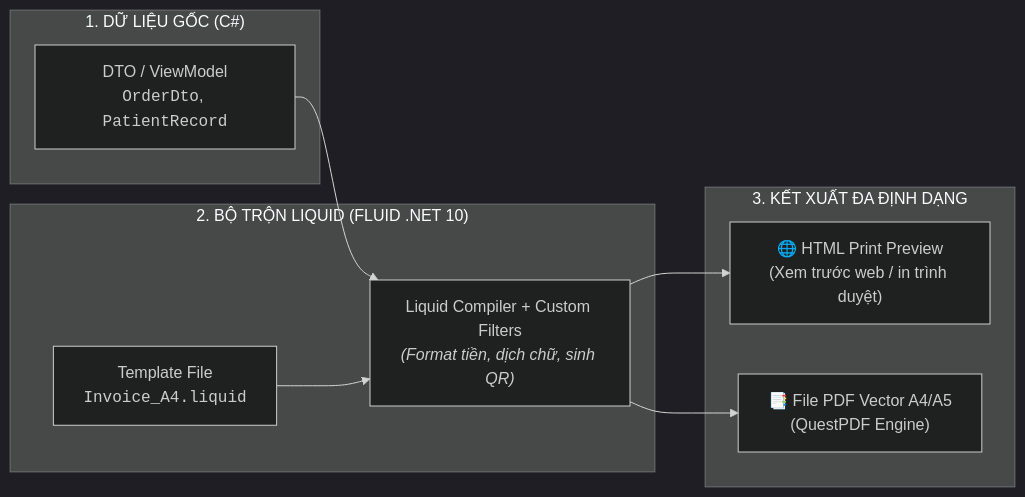
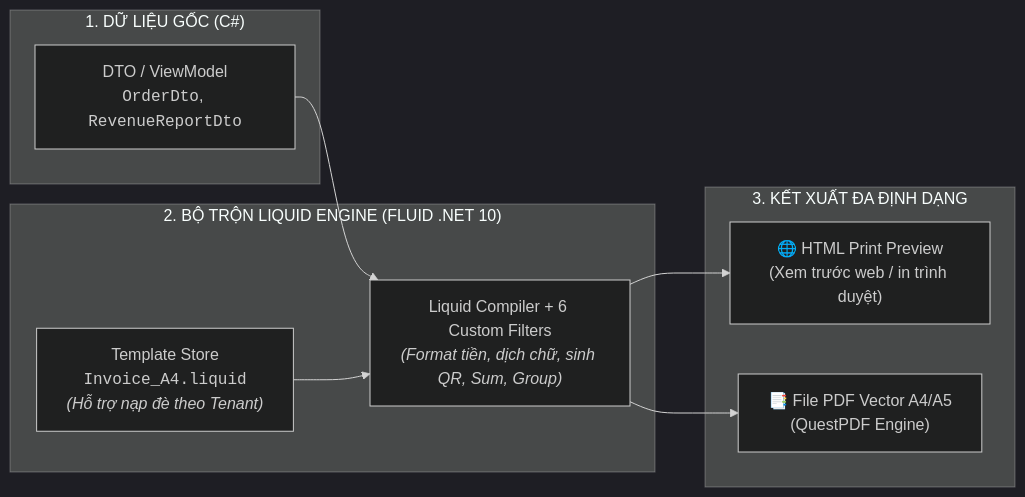
One commit to xoaicatchu/order-framework changed the diagram in docs/liquid_reporting_complete_guide.md. Above: the diagram before and after it, drawn with Mermaid (dark theme). The commit also changed other lines of this file and 2 other files, not shown here.

Commit message:
docs: enrich master Liquid reporting guide with complete JasperReports 9-bands mapping, advanced grouping, subtotals, sum and group_by filters

````diff
--- a/docs/liquid_reporting_complete_guide.md
+++ b/docs/liquid_reporting_complete_guide.md
@@ -25,20 +29,20 @@
 ```mermaid
 graph LR
-    subgraph BACKEND ["1. DỮ LIỆU GỐC (C#)"]
-        DTO["DTO / ViewModel<br/><code>OrderDto</code>, <code>PatientRecord</code>"]
+    subgraph 1_DATA ["1. DỮ LIỆU GỐC (C#)"]
+        DTO["DTO / ViewModel<br/><code>OrderDto</code>, <code>RevenueReportDto</code>"]
     end
 
-    subgraph ENGINE ["2. BỘ TRỘN LIQUID (FLUID .NET 10)"]
-        Template["Template File<br/><code>Invoice_A4.liquid</code>"]
-        Compiler["Liquid Compiler + Custom Filters<br/><i>(Format tiền, dịch chữ, sinh QR)</i>"]
-        DTO --> Compiler
-        Template --> Compiler
+    subgraph 2_ENGINE ["2. BỘ TRỘN LIQUID ENGINE (FLUID .NET 10)"]
+        Template["Template Store<br/><code>Invoice_A4.liquid</code><br/><i>(Hỗ trợ nạp đè theo Tenant)</i>"]
+        Engine["Liquid Compiler + 6 Custom Filters<br/><i>(Format tiền, dịch chữ, sinh QR, Sum, Group)</i>"]
+        DTO --> Engine
+        Template --> Engine
     end
 
-    subgraph OUTPUT ["3. KẾT XUẤT ĐA ĐỊNH DẠNG"]
+    subgraph 3_OUTPUT ["3. KẾT XUẤT ĐA ĐỊNH DẠNG"]
         HTML["🌐 HTML Print Preview<br/>(Xem trước web / in trình duyệt)"]
         PDF["📑 File PDF Vector A4/A5<br/>(QuestPDF Engine)"]
-        Compiler --> HTML
-        Compiler --> PDF
+        Engine --> HTML
+        Engine --> PDF
     end
 ```
````
